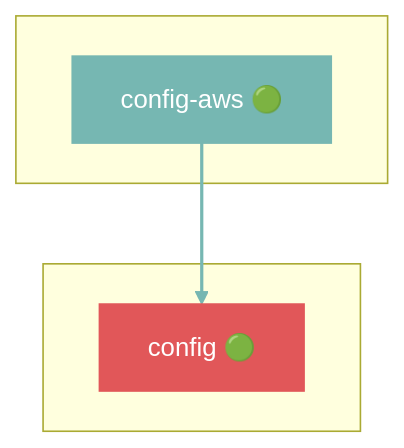
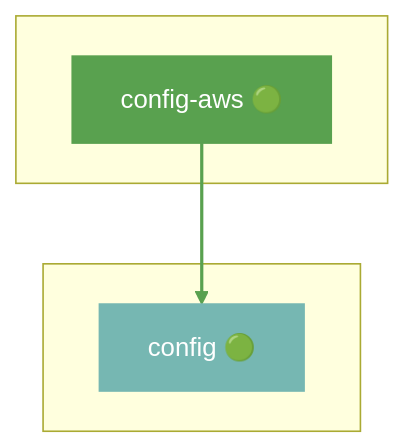
The sixth of 42 diagrams in docs/DEPENDENCIES.md (grest-ts/grest-ts), drawn with Mermaid before and after one commit. The commit also changed other lines of this file and 11 other files, not shown here.

````diff
--- a/docs/DEPENDENCIES.md
+++ b/docs/DEPENDENCIES.md
@@ -501,13 +555,13 @@
 ```mermaid
 flowchart TB
     subgraph Package[" "]
         config-aws["config-aws 🟢"]
     end
     subgraph Dependencies[" "]
         config["config 🟢"]
     end
     config-aws --> config
-    style config-aws fill:#76B7B2,stroke:#76B7B2,color:#fff
-    style config fill:#E15759,stroke:#E15759,color:#fff
-    linkStyle 0 stroke:#76B7B2,stroke-width:2px
+    style config-aws fill:#59A14F,stroke:#59A14F,color:#fff
+    style config fill:#76B7B2,stroke:#76B7B2,color:#fff
+    linkStyle 0 stroke:#59A14F,stroke-width:2px
 ```
````
